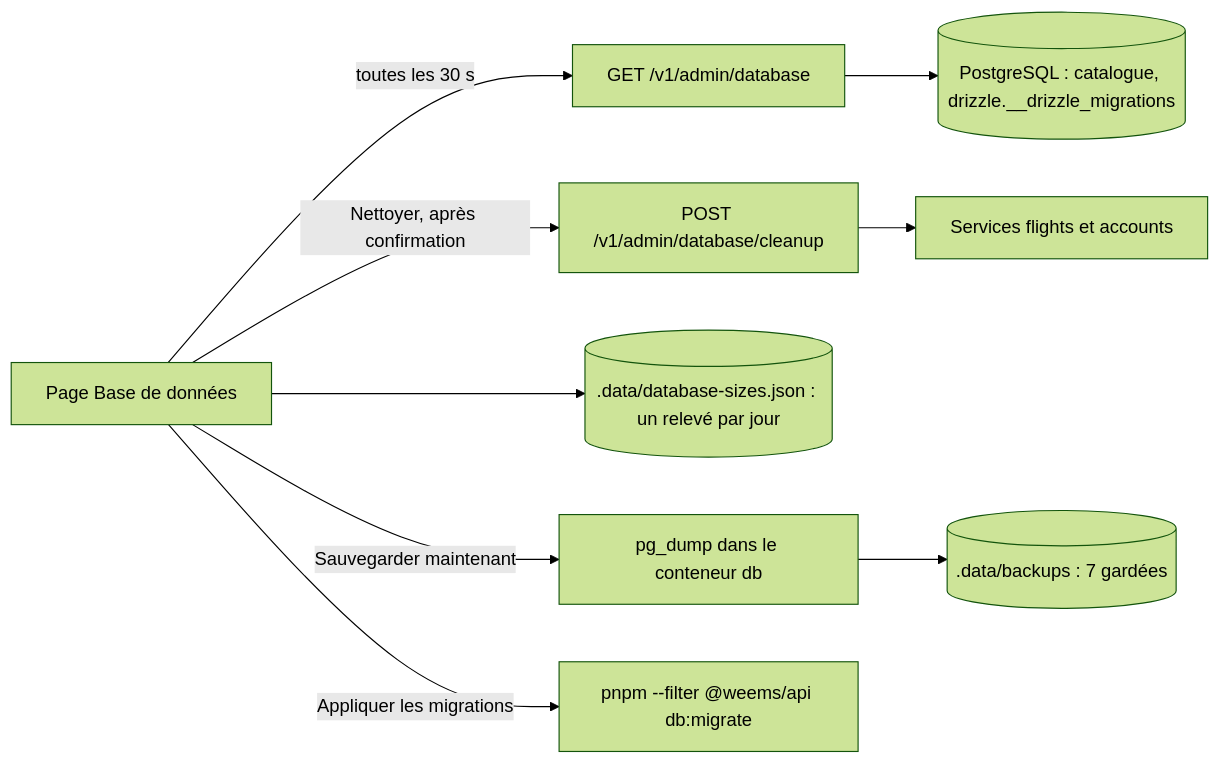
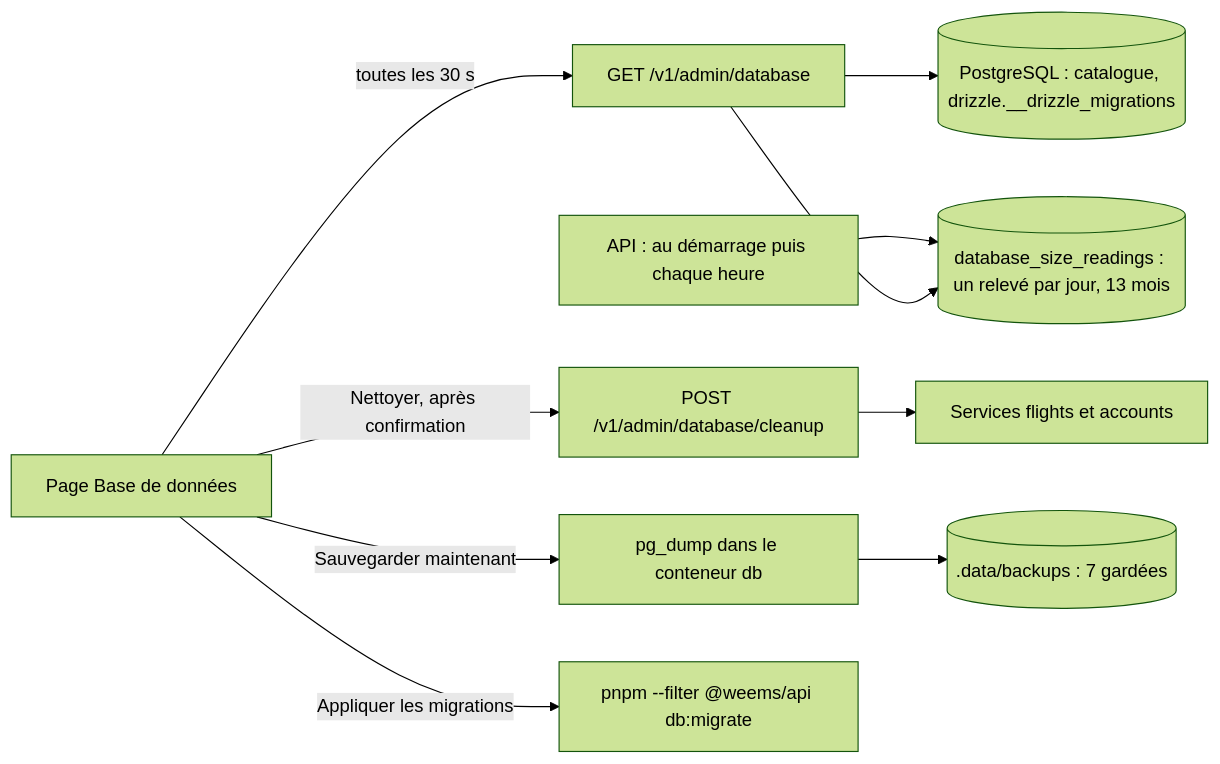
The fourth of 4 diagrams in docs/cahiers-des-charges/admin/spec-admin.md (tetardo/weems), drawn with Mermaid (forest theme) before and after one commit. The commit also changed other lines of this file and 24 other files, not shown here.

First line of the commit message:
feat(admin,api): graphiques de la page Base de données (#109)

````diff
--- a/docs/cahiers-des-charges/admin/spec-admin.md
+++ b/docs/cahiers-des-charges/admin/spec-admin.md
@@ -230,11 +230,12 @@
 ```mermaid
 flowchart LR
   P[Page Base de données] -->|toutes les 30 s| R[GET /v1/admin/database]
   P -->|Nettoyer, après confirmation| N[POST /v1/admin/database/cleanup]
   R --> B[(PostgreSQL : catalogue, drizzle.__drizzle_migrations)]
   N --> F[Services flights et accounts]
-  P --> H[(.data/database-sizes.json : un relevé par jour)]
+  A[API : au démarrage puis chaque heure] --> H[(database_size_readings : un relevé par jour, 13 mois)]
+  R --> H
   P -->|Sauvegarder maintenant| D[pg_dump dans le conteneur db]
   D --> S[(.data/backups : 7 gardées)]
   P -->|Appliquer les migrations| M[pnpm --filter @weems/api db:migrate]
 ```
````
